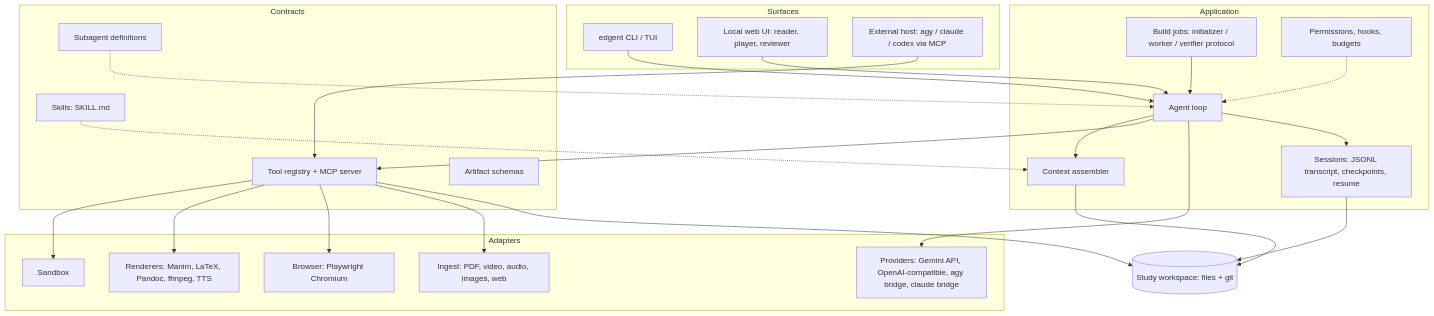
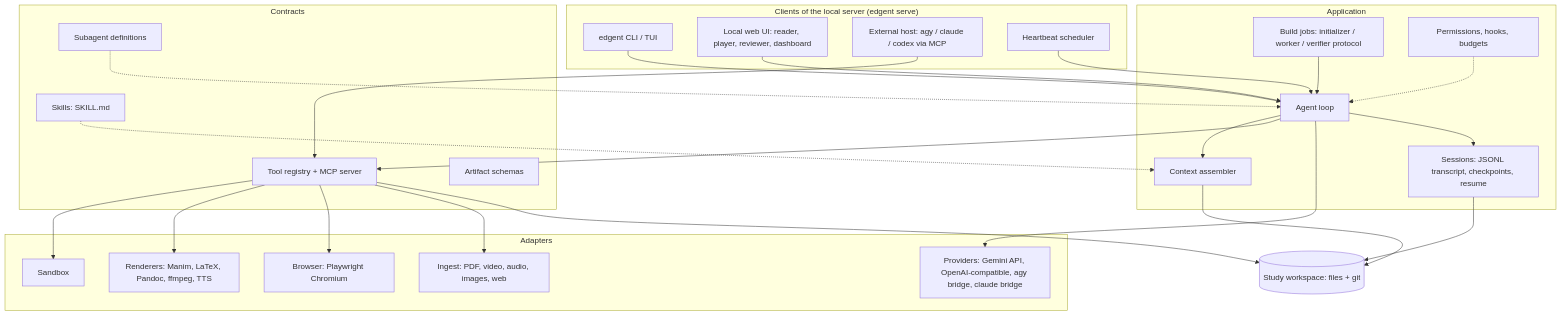
The diagram in docs/EDU_HARNESS_PLAN.md (edgentai/edgent-harness), drawn with Mermaid before and after one commit. The commit also changed other lines of this file, not shown here.

First line of the commit message:
Make the harness general purpose first; add gamification, heartbeat, OpenCode and OpenClaw lessons

````diff
--- a/docs/EDU_HARNESS_PLAN.md
+++ b/docs/EDU_HARNESS_PLAN.md
@@ -109,45 +116,47 @@
 ```mermaid
 flowchart TD
-    subgraph UI["Surfaces"]
+    subgraph UI["Clients of the local server (edgent serve)"]
       CLI[edgent CLI / TUI]
-      WEB[Local web UI: reader, player, reviewer]
+      WEB[Local web UI: reader, player, reviewer, dashboard]
       HOST[External host: agy / claude / codex via MCP]
+      HB[Heartbeat scheduler]
     end
     subgraph APP["Application"]
       LOOP[Agent loop]
       CTX[Context assembler]
       SESS[Sessions: JSONL transcript, checkpoints, resume]
       JOBS[Build jobs: initializer / worker / verifier protocol]
       PERM[Permissions, hooks, budgets]
     end
     subgraph CONTRACTS["Contracts"]
       TOOLS[Tool registry + MCP server]
       SKILLS[Skills: SKILL.md]
       AGENTS[Subagent definitions]
       ART[Artifact schemas]
     end
     subgraph ADAPT["Adapters"]
       PROV[Providers: Gemini API, OpenAI-compatible, agy bridge, claude bridge]
       SBX[Sandbox]
       REND[Renderers: Manim, LaTeX, Pandoc, ffmpeg, TTS]
       BROW[Browser: Playwright Chromium]
       ING[Ingest: PDF, video, audio, images, web]
     end
     WS[(Study workspace: files + git)]
     CLI --> LOOP
     WEB --> LOOP
+    HB --> LOOP
     HOST --> TOOLS
     LOOP --> CTX --> WS
     LOOP --> TOOLS
     LOOP --> PROV
     LOOP --> SESS --> WS
     JOBS --> LOOP
     PERM -.-> LOOP
     TOOLS --> SBX
     TOOLS --> REND
     TOOLS --> BROW
     TOOLS --> ING
     TOOLS --> WS
     SKILLS -.-> CTX
     AGENTS -.-> LOOP
 ```
````
